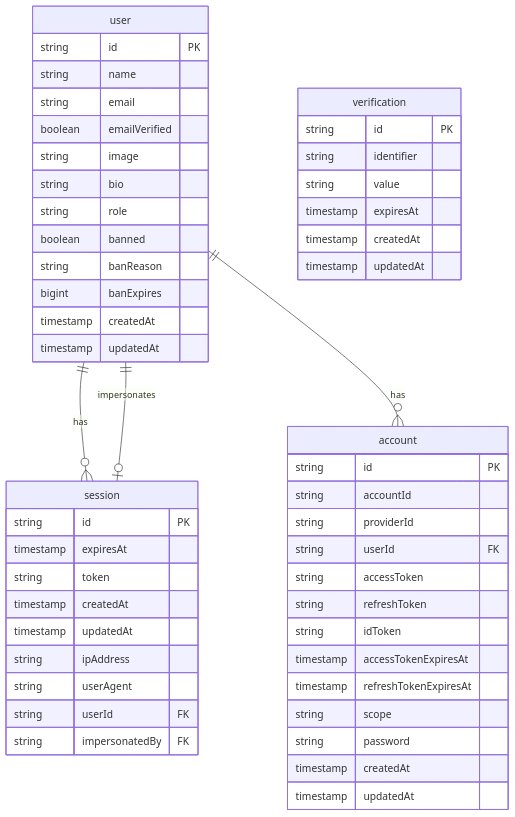
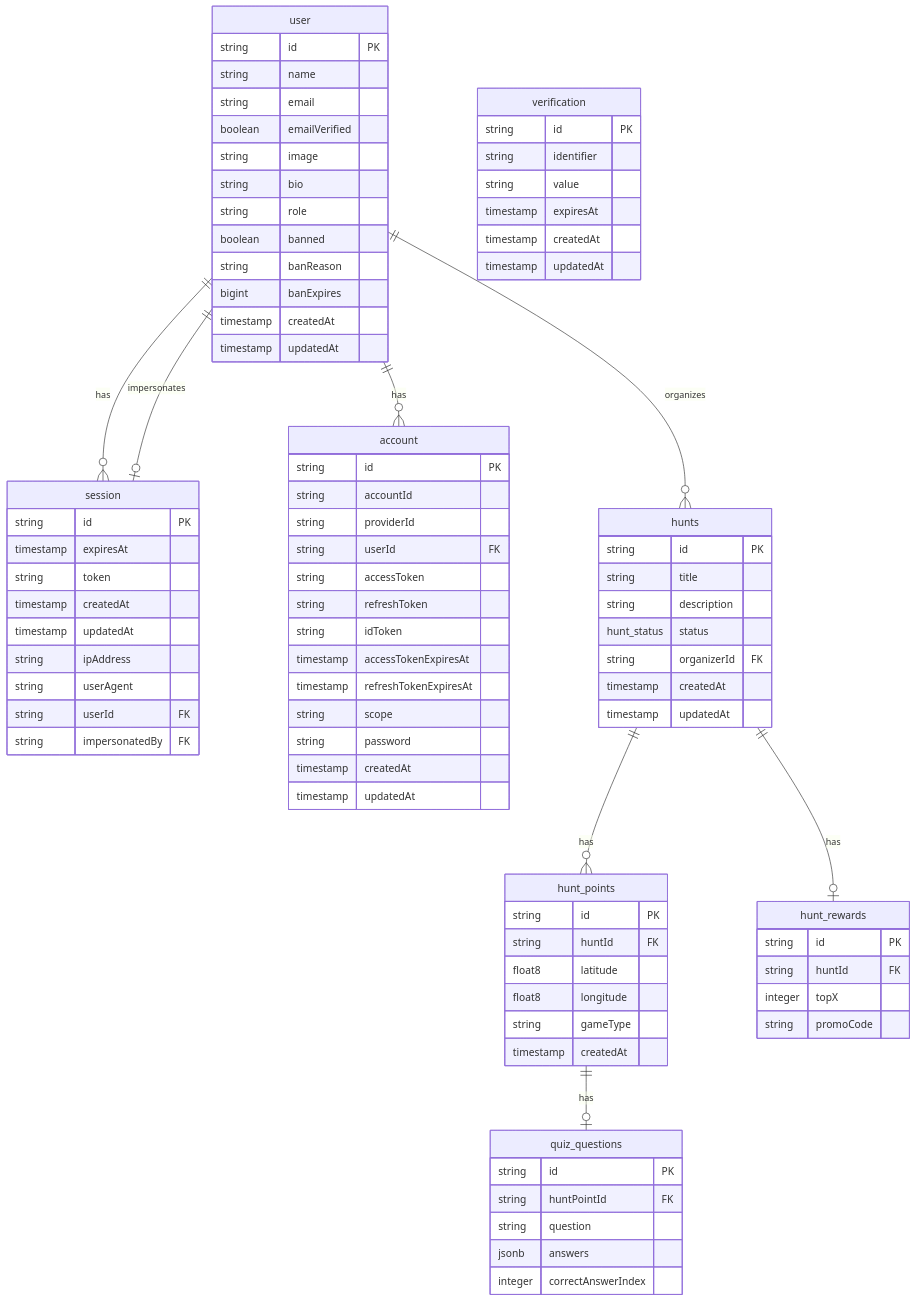
The diagram in docs/database-schema.mmd (swig-cyna/lootopia), drawn with Mermaid before and after one commit. The commit also changed 7 other files, not shown here.

Commit message:
feat(db): implement hunt CRUD API with schema, models, and repository

```diff
--- a/docs/database-schema.mmd
+++ b/docs/database-schema.mmd
@@ -1,56 +1,94 @@
 erDiagram
     user ||--o{ session : "has"
     user ||--o{ account : "has"
     user ||--o| session : "impersonates"
+    user ||--o{ hunts : "organizes"
+    hunts ||--o{ hunt_points : "has"
+    hunts ||--o| hunt_rewards : "has"
+    hunt_points ||--o| quiz_questions : "has"
 
     user {
         string id PK
         string name
         string email
         boolean emailVerified
         string image
         string bio
         string role
         boolean banned
         string banReason
         bigint banExpires
         timestamp createdAt
         timestamp updatedAt
     }
 
     session {
         string id PK
         timestamp expiresAt
         string token
         timestamp createdAt
         timestamp updatedAt
         string ipAddress
         string userAgent
         string userId FK
         string impersonatedBy FK
     }
 
     account {
         string id PK
         string accountId
         string providerId
         string userId FK
         string accessToken
         string refreshToken
         string idToken
         timestamp accessTokenExpiresAt
         timestamp refreshTokenExpiresAt
         string scope
         string password
         timestamp createdAt
         timestamp updatedAt
     }
 
     verification {
         string id PK
         string identifier
         string value
         timestamp expiresAt
         timestamp createdAt
         timestamp updatedAt
     }
+
+    hunts {
+        string id PK
+        string title
+        string description
+        hunt_status status
+        string organizerId FK
+        timestamp createdAt
+        timestamp updatedAt
+    }
+
+    hunt_points {
+        string id PK
+        string huntId FK
+        float8 latitude
+        float8 longitude
+        string gameType
+        timestamp createdAt
+    }
+
+    hunt_rewards {
+        string id PK
+        string huntId FK
+        integer topX
+        string promoCode
+    }
+
+    quiz_questions {
+        string id PK
+        string huntPointId FK
+        string question
+        jsonb answers
+        integer correctAnswerIndex
+    }
```
